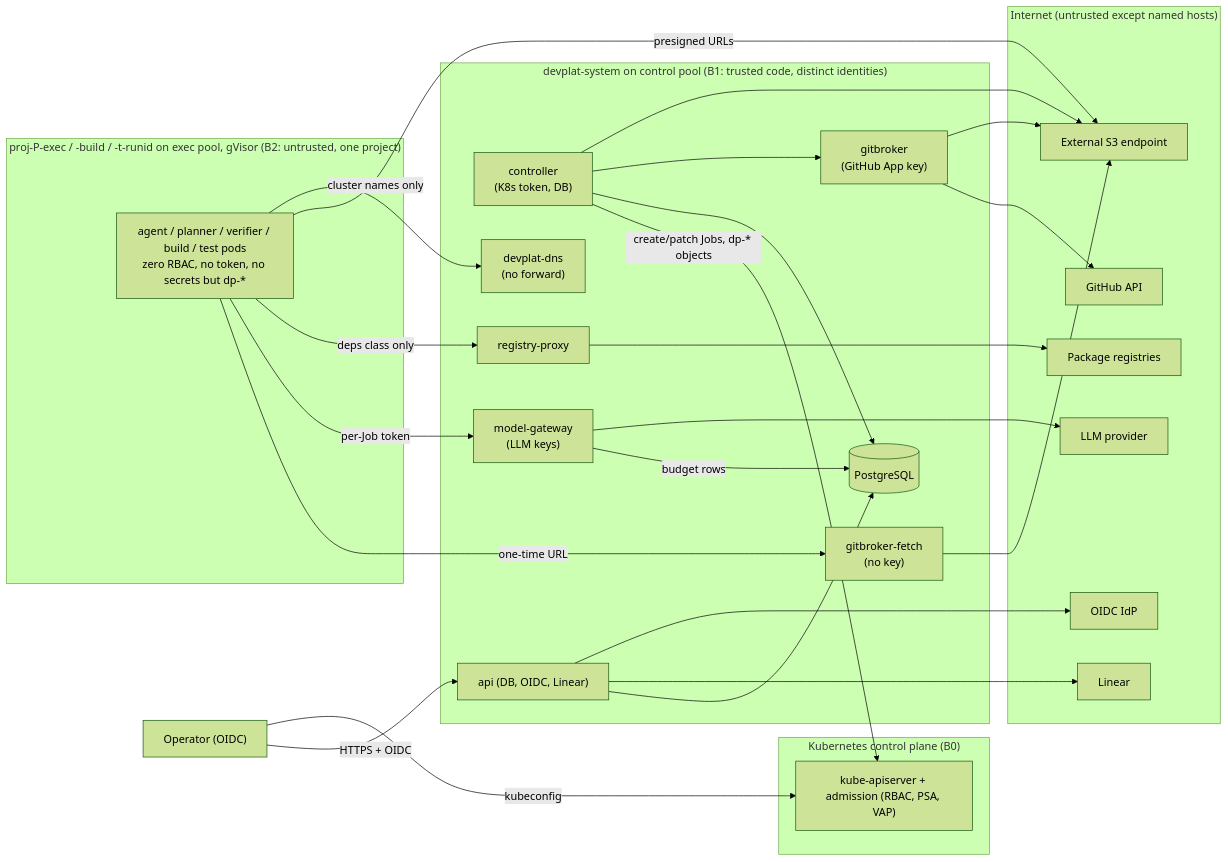
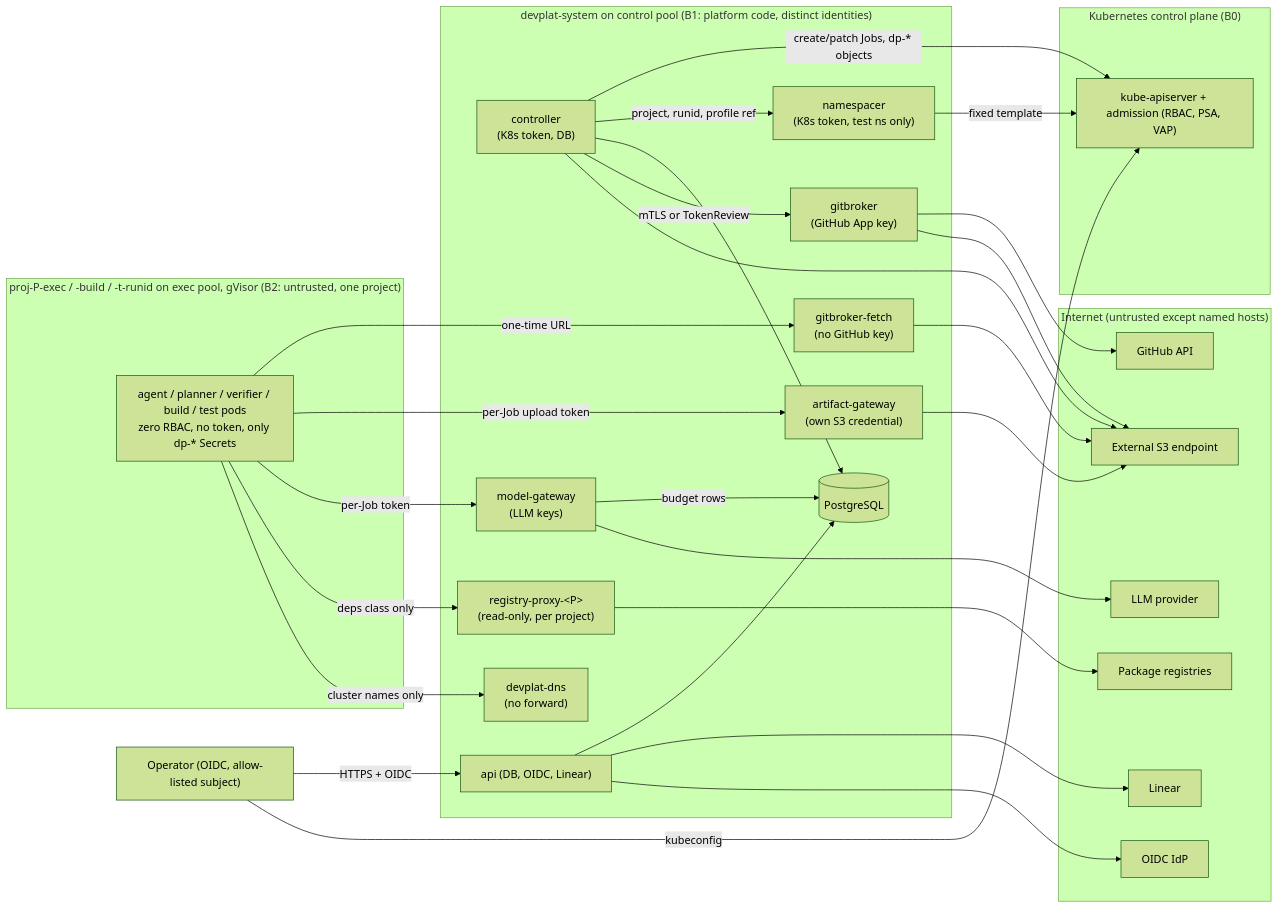
One commit to usjbro/Project-Mercury changed the diagram in docs/mercury/development-orchestration/18-kubernetes-security-model.md. Above: the diagram before and after it, drawn with Mermaid (forest theme). The commit also changed other lines of this file and 40 other files, not shown here.

First line of the commit message:
devplat: R6 fix round in progress (agent edits, pre-limit snapshot)

````diff
--- a/docs/mercury/development-orchestration/18-kubernetes-security-model.md
+++ b/docs/mercury/development-orchestration/18-kubernetes-security-model.md
@@ -46,29 +57,33 @@
 ```mermaid
 flowchart LR
   subgraph EXT["Internet (untrusted except named hosts)"]
     GH["GitHub API"]; LLM["LLM provider"]; LIN["Linear"]; REG["Package registries"]; S3["External S3 endpoint"]; IDP["OIDC IdP"]
   end
-  OP["Operator (OIDC)"]
+  OP["Operator (OIDC, allow-listed subject)"]
   subgraph CP["Kubernetes control plane (B0)"]
     APIS["kube-apiserver + admission (RBAC, PSA, VAP)"]
   end
-  subgraph SYS["devplat-system on control pool (B1: trusted code, distinct identities)"]
+  subgraph SYS["devplat-system on control pool (B1: platform code, distinct identities)"]
     CTL["controller<br/>(K8s token, DB)"]; API["api (DB, OIDC, Linear)"]; GB["gitbroker<br/>(GitHub App key)"]
-    GF["gitbroker-fetch<br/>(no key)"]; MG["model-gateway<br/>(LLM keys)"]; RP["registry-proxy"]; DNS["devplat-dns<br/>(no forward)"]; PG[("PostgreSQL")]
+    NSR["namespacer<br/>(K8s token, test ns only)"]
+    GF["gitbroker-fetch<br/>(no GitHub key)"]; AGW["artifact-gateway<br/>(own S3 credential)"]; MG["model-gateway<br/>(LLM keys)"]
+    RP["registry-proxy-&lt;P&gt;<br/>(read-only, per project)"]; DNS["devplat-dns<br/>(no forward)"]; PG[("PostgreSQL")]
   end
   subgraph EXEC["proj-P-exec / -build / -t-runid on exec pool, gVisor (B2: untrusted, one project)"]
-    JOB["agent / planner / verifier / build / test pods<br/>zero RBAC, no token, no secrets but dp-*"]
+    JOB["agent / planner / verifier / build / test pods<br/>zero RBAC, no token, only dp-* Secrets"]
   end
   OP -->|HTTPS + OIDC| API
   OP -->|kubeconfig| APIS
   CTL -->|create/patch Jobs, dp-* objects| APIS
+  CTL -->|project, runid, profile ref| NSR
+  NSR -->|fixed template| APIS
   CTL --> PG; API --> PG; MG -->|budget rows| PG
-  CTL --> GB
+  CTL -->|mTLS or TokenReview| GB
   GB --> GH; API --> LIN; API --> IDP; MG --> LLM; RP --> REG
   JOB -->|one-time URL| GF
+  JOB -->|per-Job upload token| AGW
   JOB -->|per-Job token| MG
   JOB -->|deps class only| RP
-  JOB -->|presigned URLs| S3
   JOB -->|cluster names only| DNS
-  GF --> S3; CTL --> S3; GB --> S3
+  GF --> S3; AGW --> S3; CTL --> S3; GB --> S3
 ```
````
